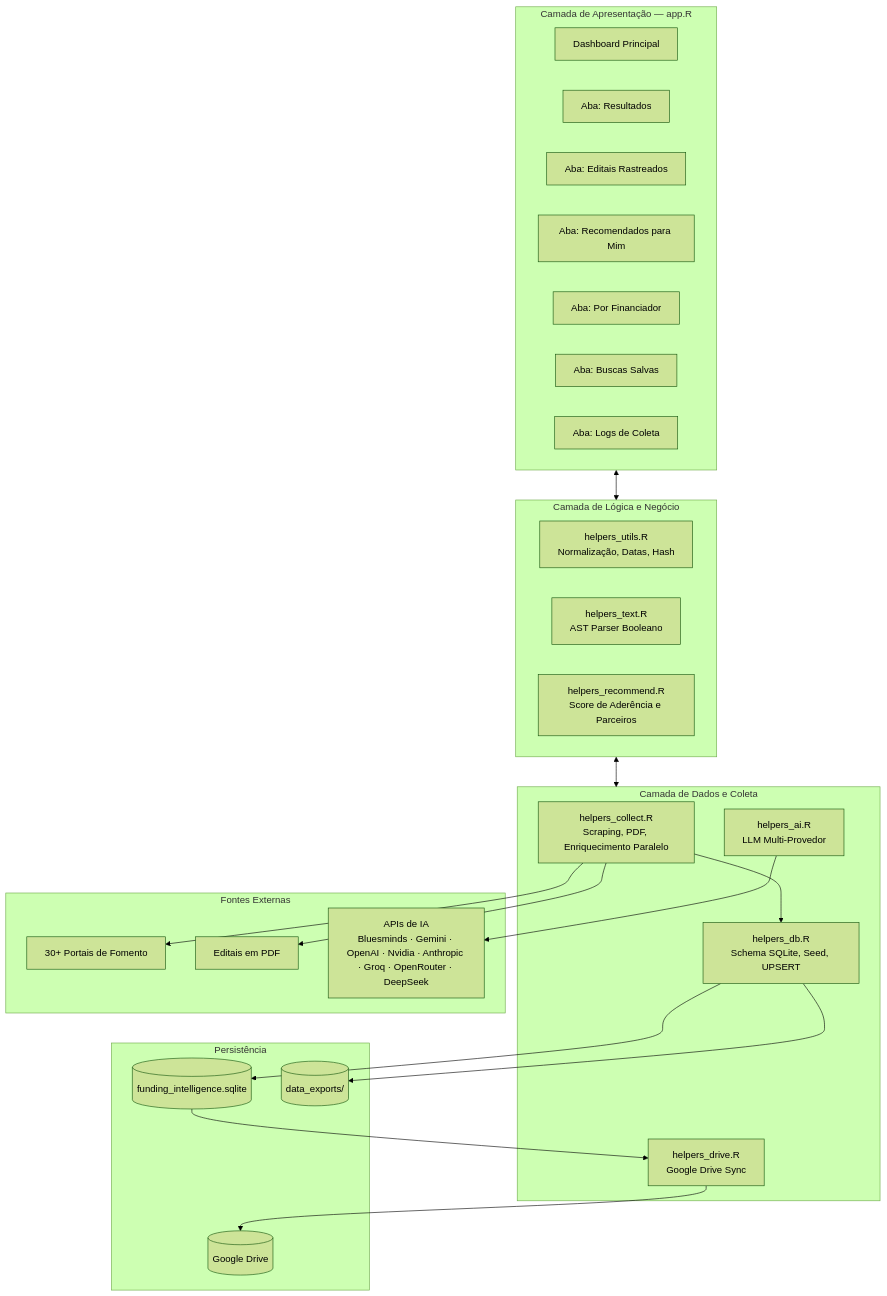
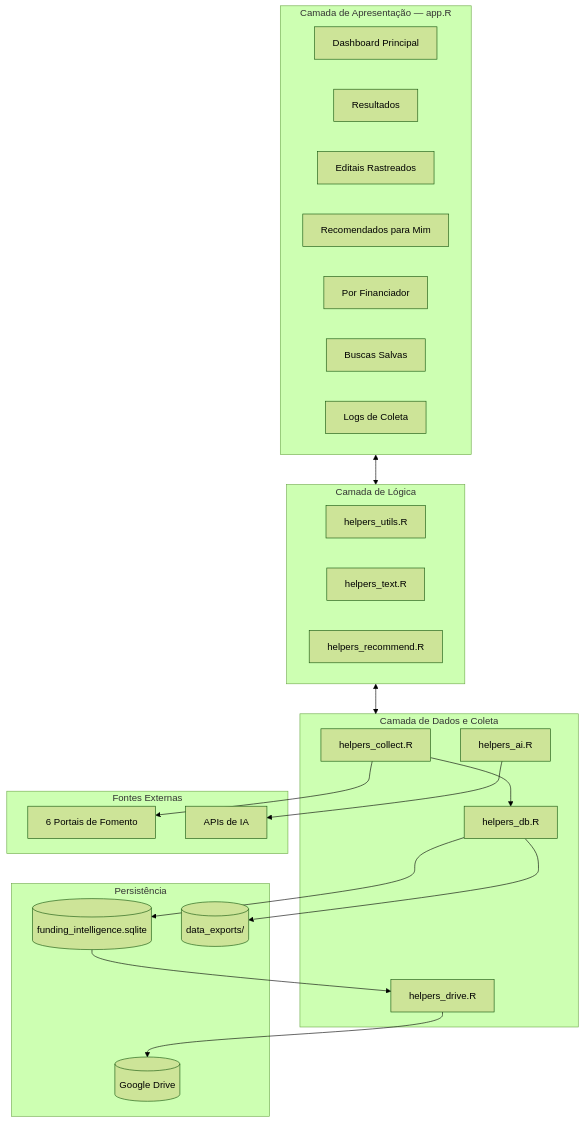
One commit to NEI-Senai-Cimatec/funding_intelligence changed the diagram in README.md. Above: the diagram before and after it, drawn with Mermaid (forest theme). The commit also changed other lines of this file and 4 other files, not shown here.

````diff
--- a/README.md
+++ b/README.md
@@ -45,48 +71,46 @@
 ```mermaid
 flowchart TD
     subgraph UI [Camada de Apresentação — app.R]
         Dashboard[Dashboard Principal]
-        TabResultados[Aba: Resultados]
-        TabRastreados[Aba: Editais Rastreados]
-        TabRecomendados[Aba: Recomendados para Mim]
-        TabFinanciador[Aba: Por Financiador]
-        TabBuscas[Aba: Buscas Salvas]
-        TabLogs[Aba: Logs de Coleta]
+        TabResultados[Resultados]
+        TabRastreados[Editais Rastreados]
+        TabRecomendados[Recomendados para Mim]
+        TabFinanciador[Por Financiador]
+        TabBuscas[Buscas Salvas]
+        TabLogs[Logs de Coleta]
     end
 
-    subgraph Core [Camada de Lógica e Negócio]
-        Utils[helpers_utils.R\nNormalização, Datas, Hash]
-        TextSearch[helpers_text.R\nAST Parser Booleano]
-        Recommend[helpers_recommend.R\nScore de Aderência e Parceiros]
+    subgraph Core [Camada de Lógica]
+        Utils[helpers_utils.R]
+        TextSearch[helpers_text.R]
+        Recommend[helpers_recommend.R]
     end
 
     subgraph Data [Camada de Dados e Coleta]
-        Collect[helpers_collect.R\nScraping, PDF, Enriquecimento Paralelo]
-        DB[helpers_db.R\nSchema SQLite, Seed, UPSERT]
-        AI[helpers_ai.R\nLLM Multi-Provedor]
-        Drive[helpers_drive.R\nGoogle Drive Sync]
+        Collect[helpers_collect.R]
+        DB[helpers_db.R]
+        AI[helpers_ai.R]
+        Drive[helpers_drive.R]
     end
 
     subgraph Storage [Persistência]
         SQLite[(funding_intelligence.sqlite)]
         GDrive[(Google Drive)]
         Exports[(data_exports/)]
     end
 
     subgraph External [Fontes Externas]
-        Fontes[30+ Portais de Fomento]
-        PDFs[Editais em PDF]
-        LLMAPIs[APIs de IA\nBluesminds · Gemini · OpenAI · Nvidia · Anthropic · Groq · OpenRouter · DeepSeek]
+        Fontes[6 Portais de Fomento]
+        LLMAPIs[APIs de IA]
     end
 
     UI <--> Core
     Core <--> Data
     Collect --> Fontes
-    Collect --> PDFs
     AI --> LLMAPIs
     DB --> SQLite
     Drive --> GDrive
     Collect --> DB
     DB --> Exports
     SQLite --> Drive
 ```
````
